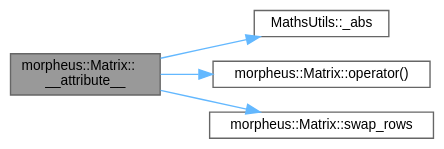
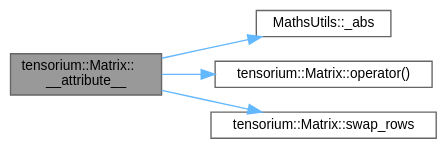
One commit to TensoriumCore/Tensorium_lib changed the diagram in docs/classmorpheus_1_1Matrix_a43c84857b2f6a6591229b93f1168b596_cgraph.dot. Above: the diagram before and after it, drawn with Graphviz. The commit also changed 3640 other files, not shown here.

```diff
--- a/docs/classmorpheus_1_1Matrix_a43c84857b2f6a6591229b93f1168b596_cgraph.dot
+++ b/docs/classmorpheus_1_1Matrix_a43c84857b2f6a6591229b93f1168b596_cgraph.dot
@@ -1,15 +1,15 @@
-digraph "morpheus::Matrix::__attribute__"
+digraph "tensorium::Matrix::__attribute__"
 {
  // LATEX_PDF_SIZE
   bgcolor="transparent";
   edge [fontname=Helvetica,fontsize=10,labelfontname=Helvetica,labelfontsize=10];
   node [fontname=Helvetica,fontsize=10,shape=box,height=0.2,width=0.4];
   rankdir="LR";
-  Node1 [id="Node000001",label="morpheus::Matrix::\l__attribute__",height=0.2,width=0.4,color="gray40", fillcolor="grey60", style="filled", fontcolor="black",tooltip="Compute the determinant using Gaussian elimination."];
+  Node1 [id="Node000001",label="tensorium::Matrix::\l__attribute__",height=0.2,width=0.4,color="gray40", fillcolor="grey60", style="filled", fontcolor="black",tooltip="Compute the determinant using Gaussian elimination."];
   Node1 -> Node2 [id="edge1_Node000001_Node000002",color="steelblue1",style="solid",tooltip=" "];
   Node2 [id="Node000002",label="MathsUtils::_abs",height=0.2,width=0.4,color="grey40", fillcolor="white", style="filled",URL="$classMathsUtils.html#aef7c171225ec5072076aa1bc0182cc02",tooltip=" "];
   Node1 -> Node3 [id="edge2_Node000001_Node000003",color="steelblue1",style="solid",tooltip=" "];
-  Node3 [id="Node000003",label="morpheus::Matrix::operator()",height=0.2,width=0.4,color="grey40", fillcolor="white", style="filled",URL="$classmorpheus_1_1Matrix.html#ad522ddc1c4cd3037496211d01275168a",tooltip="Element access (mutable)"];
+  Node3 [id="Node000003",label="tensorium::Matrix::operator()",height=0.2,width=0.4,color="grey40", fillcolor="white", style="filled",URL="$classtensorium_1_1Matrix.html#ad522ddc1c4cd3037496211d01275168a",tooltip="Element access (mutable)"];
   Node1 -> Node4 [id="edge3_Node000001_Node000004",color="steelblue1",style="solid",tooltip=" "];
-  Node4 [id="Node000004",label="morpheus::Matrix::swap_rows",height=0.2,width=0.4,color="grey40", fillcolor="white", style="filled",URL="$classmorpheus_1_1Matrix.html#a8b2dfeb08ff63446f08da77d15daa345",tooltip="Swap two rows of the matrix."];
+  Node4 [id="Node000004",label="tensorium::Matrix::swap_rows",height=0.2,width=0.4,color="grey40", fillcolor="white", style="filled",URL="$classtensorium_1_1Matrix.html#a8b2dfeb08ff63446f08da77d15daa345",tooltip="Swap two rows of the matrix."];
 }
```
